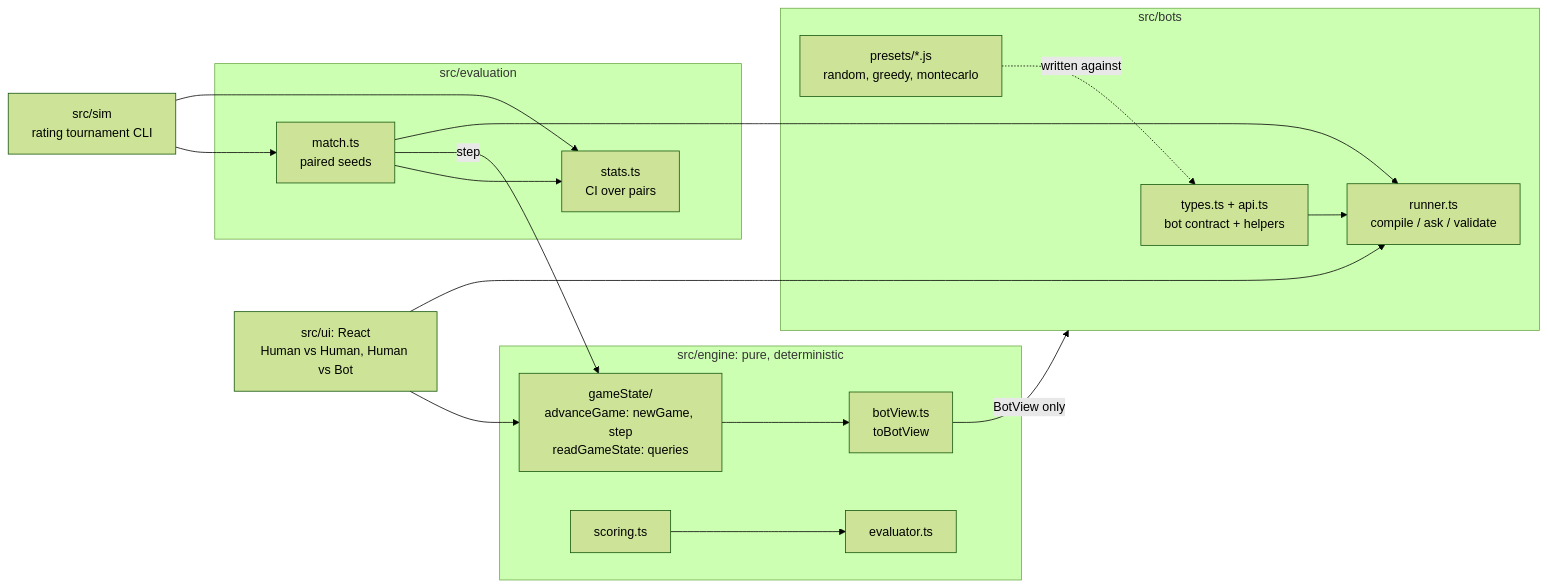
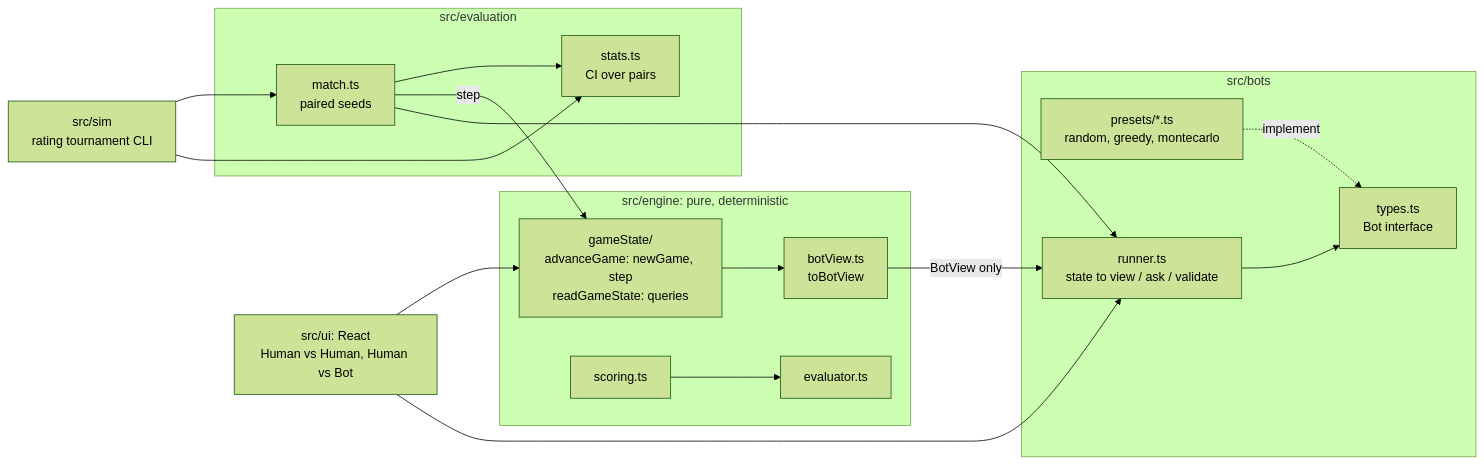
Before and after one commit to nty-dev/poker-grid-duel: the diagram in README.md, drawn with Mermaid (forest theme). The commit also changed other lines of this file and 26 other files, not shown here.

First line of the commit message:
Bots are TypeScript modules behind a Bot interface, with a lint-enforced firewall

````diff
--- a/README.md
+++ b/README.md
@@ -72,19 +73,19 @@
 ```mermaid
 flowchart LR
   subgraph engine [src/engine: pure, deterministic]
     game[gameState/<br/>advanceGame: newGame, step<br/>readGameState: queries] --> view[botView.ts<br/>toBotView]
     scoring[scoring.ts] --> evaluator[evaluator.ts]
   end
   subgraph bots [src/bots]
-    api[types.ts + api.ts<br/>bot contract + helpers] --> runner[runner.ts<br/>compile / ask / validate]
-    presets[presets/*.js<br/>random, greedy, montecarlo] -. written against .-> api
+    presets[presets/*.ts<br/>random, greedy, montecarlo] -. implement .-> contract[types.ts<br/>Bot interface]
+    runner[runner.ts<br/>state to view / ask / validate] --> contract
   end
   subgraph evaluation [src/evaluation]
     match[match.ts<br/>paired seeds] --> stats[stats.ts<br/>CI over pairs]
   end
-  view -- BotView only --> bots
+  view -- BotView only --> runner
   match -- step --> game
   match --> runner
   ui[src/ui: React<br/>Human vs Human, Human vs Bot] --> game & runner
   sim[src/sim<br/>rating tournament CLI] --> match & stats
 ```
````
